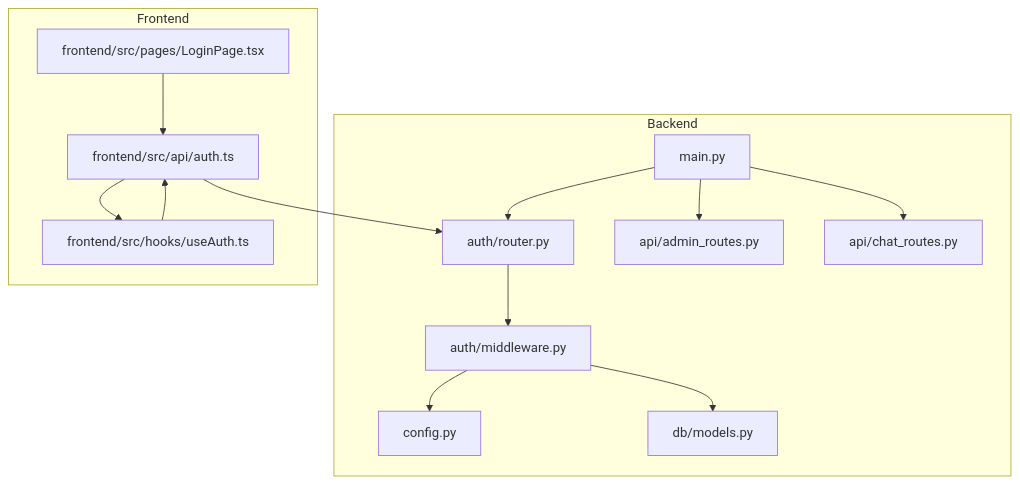
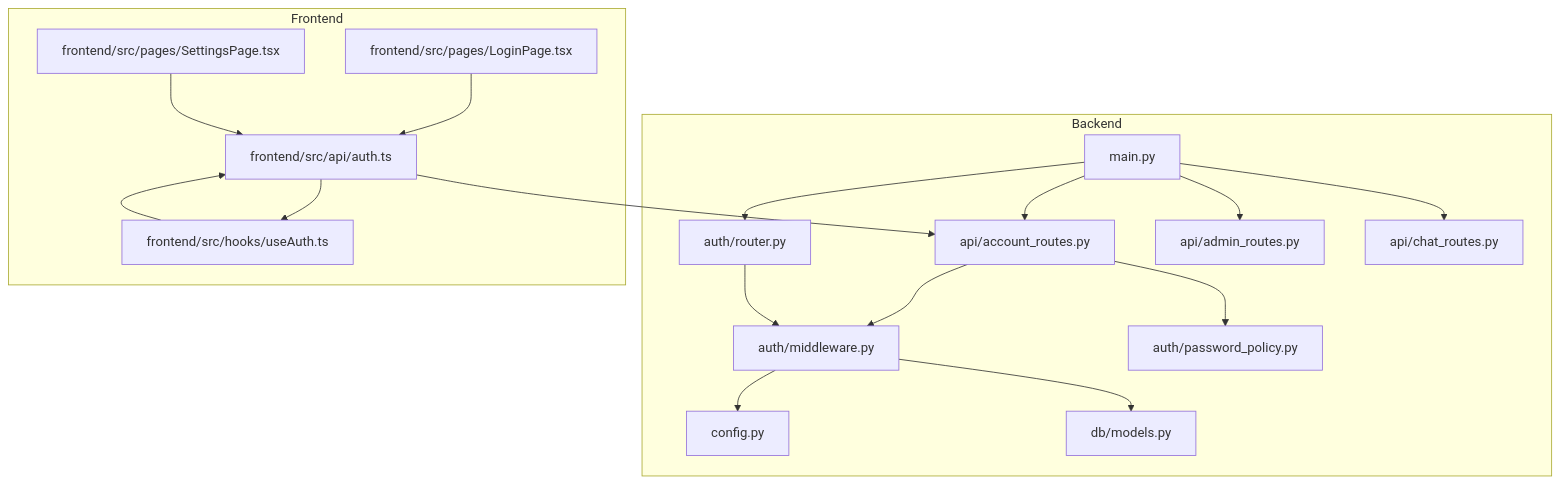
The first of 12 diagrams in .qoder/repowiki/en/content/Backend Development/Security and Middleware/Authentication Middleware.md (genes8/private-ai), drawn with Mermaid before and after one commit. The commit also changed other lines of this file and 55 other files, not shown here.

````diff
--- a/.qoder/repowiki/en/content/Backend Development/Security and Middleware/Authentication Middleware.md
+++ b/.qoder/repowiki/en/content/Backend Development/Security and Middleware/Authentication Middleware.md
@@ -37,27 +51,34 @@
 ```mermaid
 graph TB
 subgraph "Backend"
 MW["auth/middleware.py"]
 AR["auth/router.py"]
+PP["auth/password_policy.py"]
+ACC["api/account_routes.py"]
 CFG["config.py"]
 DB["db/models.py"]
 APP["main.py"]
 ADM["api/admin_routes.py"]
 CHAT["api/chat_routes.py"]
 end
 subgraph "Frontend"
 FE_AUTH["frontend/src/api/auth.ts"]
 FE_HOOK["frontend/src/hooks/useAuth.ts"]
 FE_LOGIN["frontend/src/pages/LoginPage.tsx"]
+FE_SETTINGS["frontend/src/pages/SettingsPage.tsx"]
 end
 FE_LOGIN --> FE_AUTH
+FE_SETTINGS --> FE_AUTH
 FE_AUTH --> FE_HOOK
 FE_HOOK --> FE_AUTH
-FE_AUTH --> AR
+FE_AUTH --> ACC
+ACC --> PP
+ACC --> MW
 AR --> MW
 MW --> DB
 MW --> CFG
 APP --> AR
+APP --> ACC
 APP --> ADM
 APP --> CHAT
 ```
````
